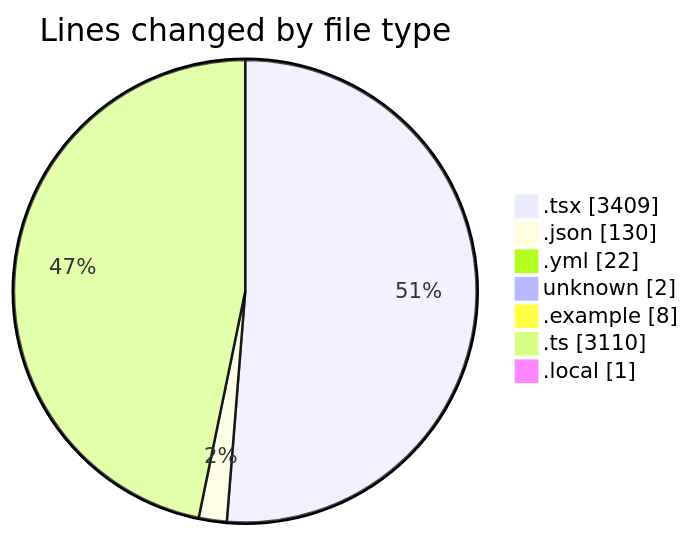
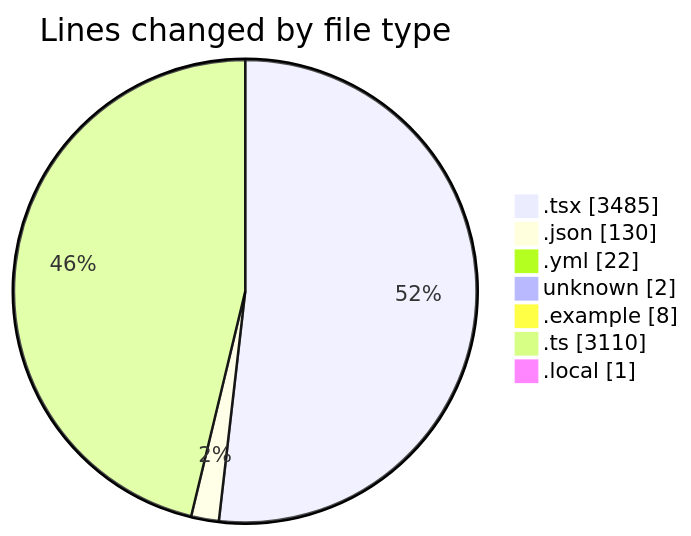
Before and after one commit to julien-gomy/code-tracking: the first of 2 diagrams in 2025-11-21/eventscop-frontend-guide__workspace_/README.md, drawn with Mermaid. The commit also changed other lines of this file and 1 other file, not shown here.

````diff
--- a/2025-11-21/eventscop-frontend-guide__workspace_/README.md
+++ b/2025-11-21/eventscop-frontend-guide__workspace_/README.md
@@ -63,11 +64,11 @@
 ```mermaid
 pie showData
 title Lines changed by file type
-".tsx" : 3409
+".tsx" : 3485
 ".json" : 130
 ".yml" : 22
 "unknown" : 2
 ".example" : 8
 ".ts" : 3110
 ".local" : 1
 ```
````
